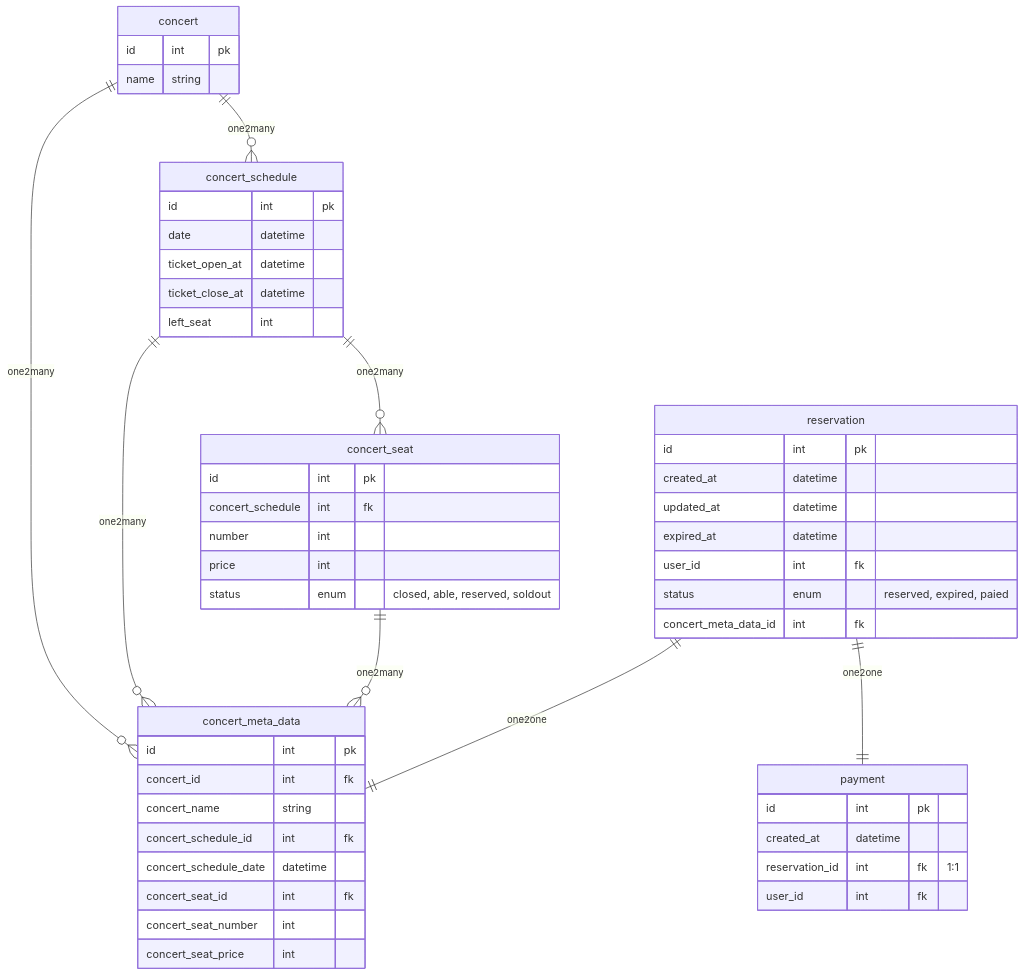
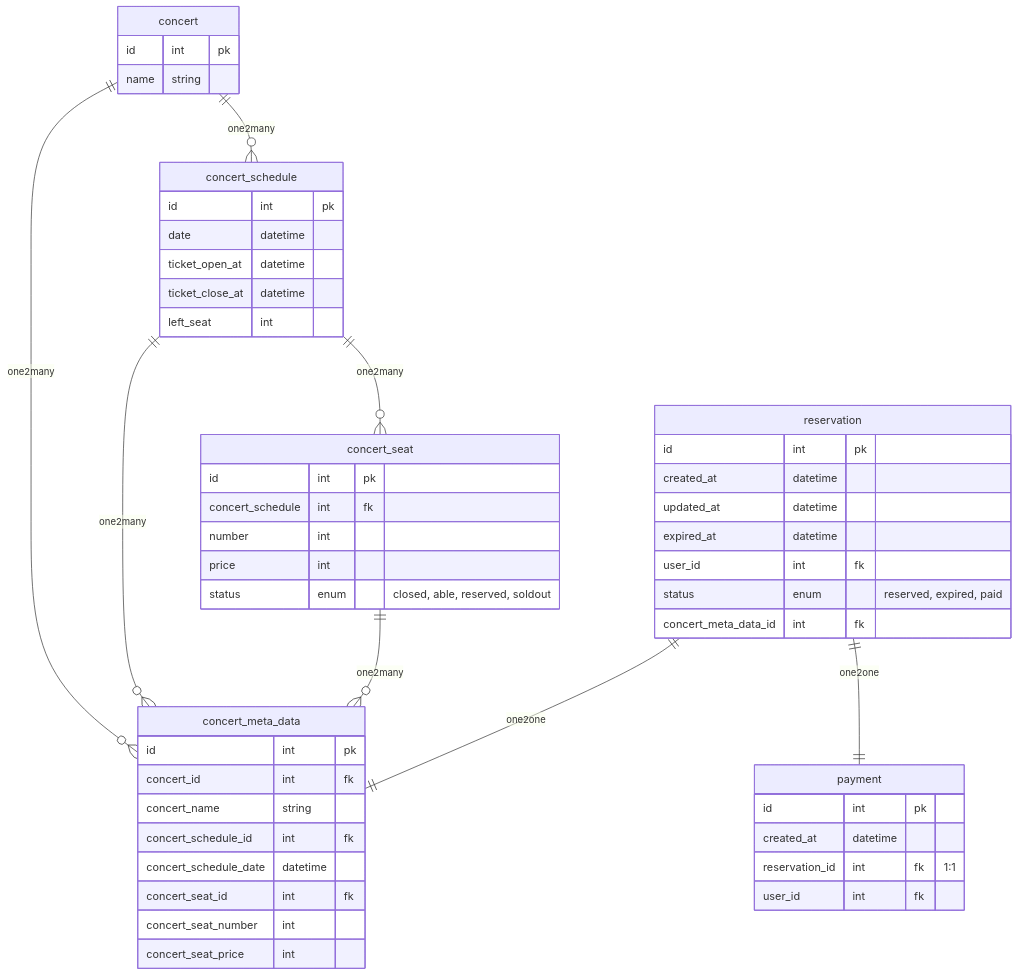
Before and after one commit to Ksanbal/Concert-Reservation-API: diagram 13 of 13 in README.md, drawn with Mermaid. The commit also changed other lines of this file and 13 other files, not shown here.

````diff
--- a/README.md
+++ b/README.md
@@ -291,69 +292,69 @@
 ```mermaid
 erDiagram
 
 concert {
   id int pk
 
   name string
 }
 concert ||--o{ concert_schedule: one2many
 
 concert_schedule {
   id int pk
 
   date datetime
   ticket_open_at datetime
   ticket_close_at datetime
 
   left_seat int
 }
 concert_schedule ||--o{ concert_seat: one2many
 
 concert_seat {
   id int pk
   concert_schedule int fk
   number int
   price int
   status enum "closed, able, reserved, soldout"
 }
 
 concert_meta_data {
   id int pk
 
   concert_id int fk
   concert_name string
 
   concert_schedule_id int fk
   concert_schedule_date datetime
 
   concert_seat_id int fk
   concert_seat_number int
   concert_seat_price int
 }
 concert ||--o{ concert_meta_data: one2many
 concert_schedule ||--o{ concert_meta_data: one2many
 concert_seat ||--o{ concert_meta_data: one2many
 
 reservation {
   id int pk
   created_at datetime
   updated_at datetime
   expired_at datetime
 
   user_id int fk
-  status enum "reserved, expired, paied"
+  status enum "reserved, expired, paid"
 
   concert_meta_data_id int fk
 }
 reservation ||--|| concert_meta_data: one2one
 
 payment {
   id int pk
   created_at datetime
 
   reservation_id int fk "1:1"
 
   user_id int fk
 }
 reservation ||--|| payment: one2one
 ```
````
